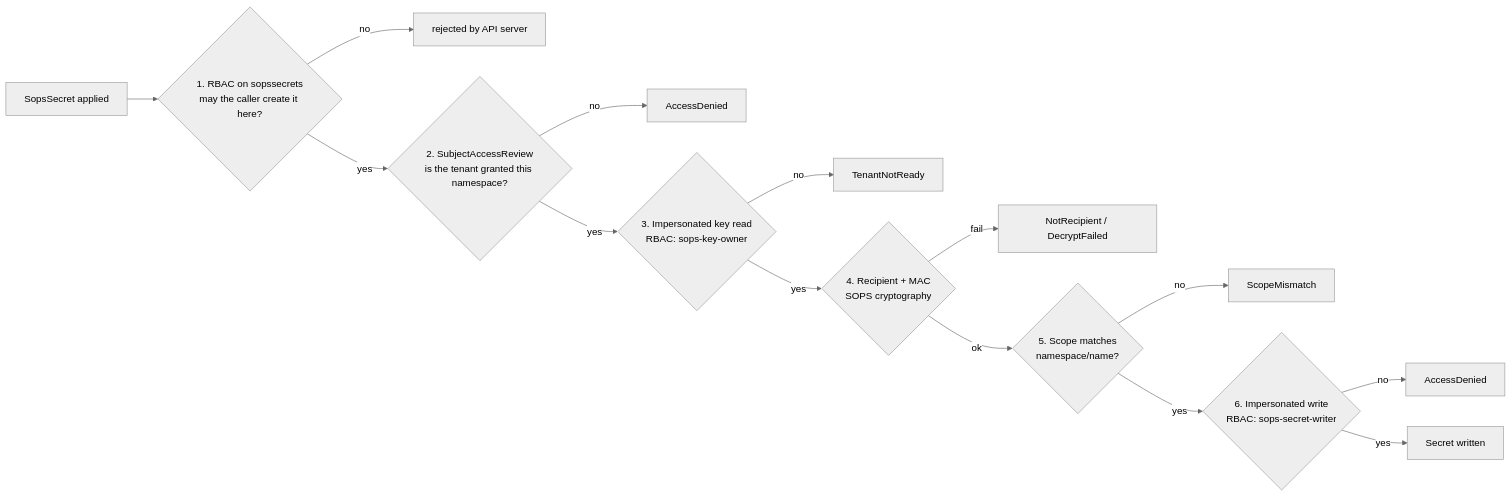
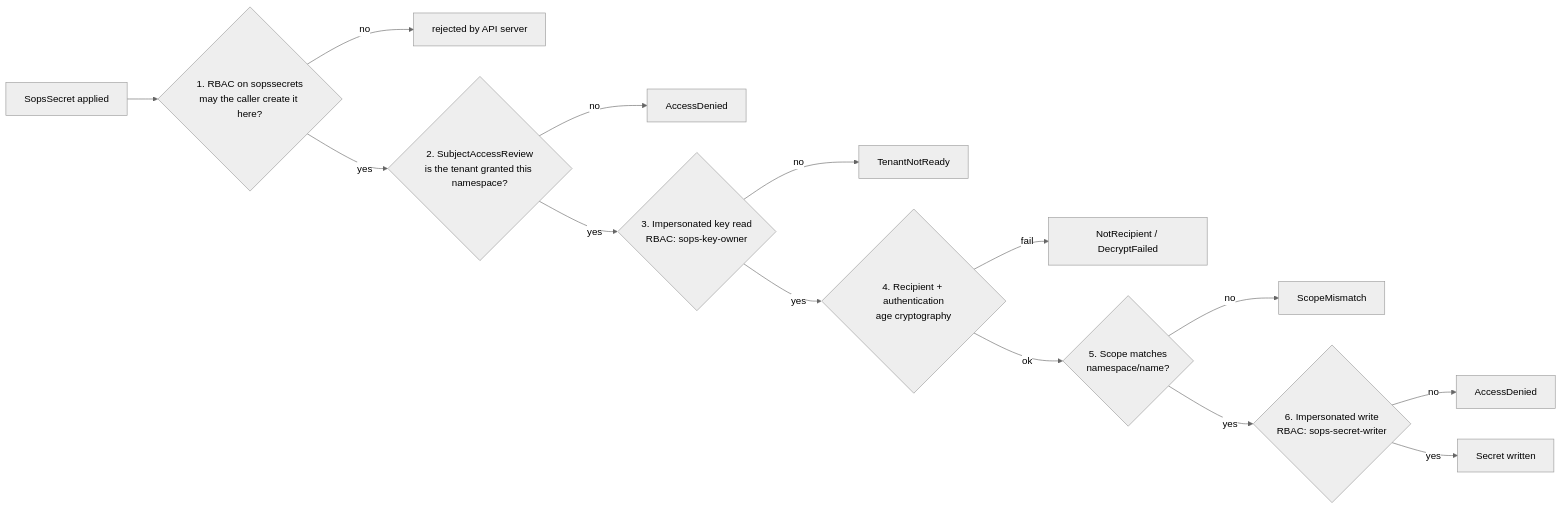
Before and after one commit to stakater/sops-operator: the third of 3 diagrams in DESIGN.md, drawn with Mermaid (neutral theme). The commit also changed other lines of this file and 43 other files, not shown here.

First line of the commit message:
Release v0.0.6: SopsSecret holds one age-encrypted string

````diff
--- a/DESIGN.md
+++ b/DESIGN.md
@@ -497,16 +506,16 @@
 ```mermaid
 flowchart LR
     A["SopsSecret applied"] --> B{"1. RBAC on sopssecrets<br/>may the caller create it here?"}
     B -->|no| X1["rejected by API server"]
     B -->|yes| C{"2. SubjectAccessReview<br/>is the tenant granted this namespace?"}
     C -->|no| X2["AccessDenied"]
     C -->|yes| D{"3. Impersonated key read<br/>RBAC: sops-key-owner"}
     D -->|no| X3["TenantNotReady"]
-    D -->|yes| E{"4. Recipient + MAC<br/>SOPS cryptography"}
+    D -->|yes| E{"4. Recipient + authentication<br/>age cryptography"}
     E -->|fail| X4["NotRecipient / DecryptFailed"]
     E -->|ok| F{"5. Scope matches<br/>namespace/name?"}
     F -->|no| X5["ScopeMismatch"]
     F -->|yes| G{"6. Impersonated write<br/>RBAC: sops-secret-writer"}
     G -->|no| X6["AccessDenied"]
     G -->|yes| H["Secret written"]
 ```
````
